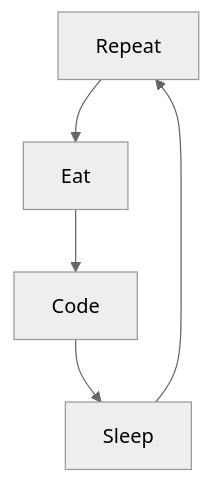
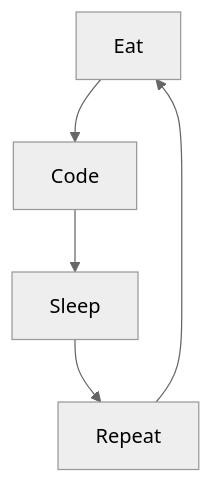
The diagram in Readme.md (AwesomeMarley/AwesomeMarley), drawn with Mermaid (neutral theme) before and after one commit. The commit also changed other lines of this file, not shown here.

````diff
--- a/Readme.md
+++ b/Readme.md
@@ -5,7 +5,7 @@
 ```mermaid
 graph TD;
+    Eat-->Code;
+    Code-->Sleep;
+    Sleep-->Repeat;
     Repeat-->Eat;
-    Code-->Sleep;
-    Eat-->Code;
-    Sleep-->Repeat;
 ```
````
